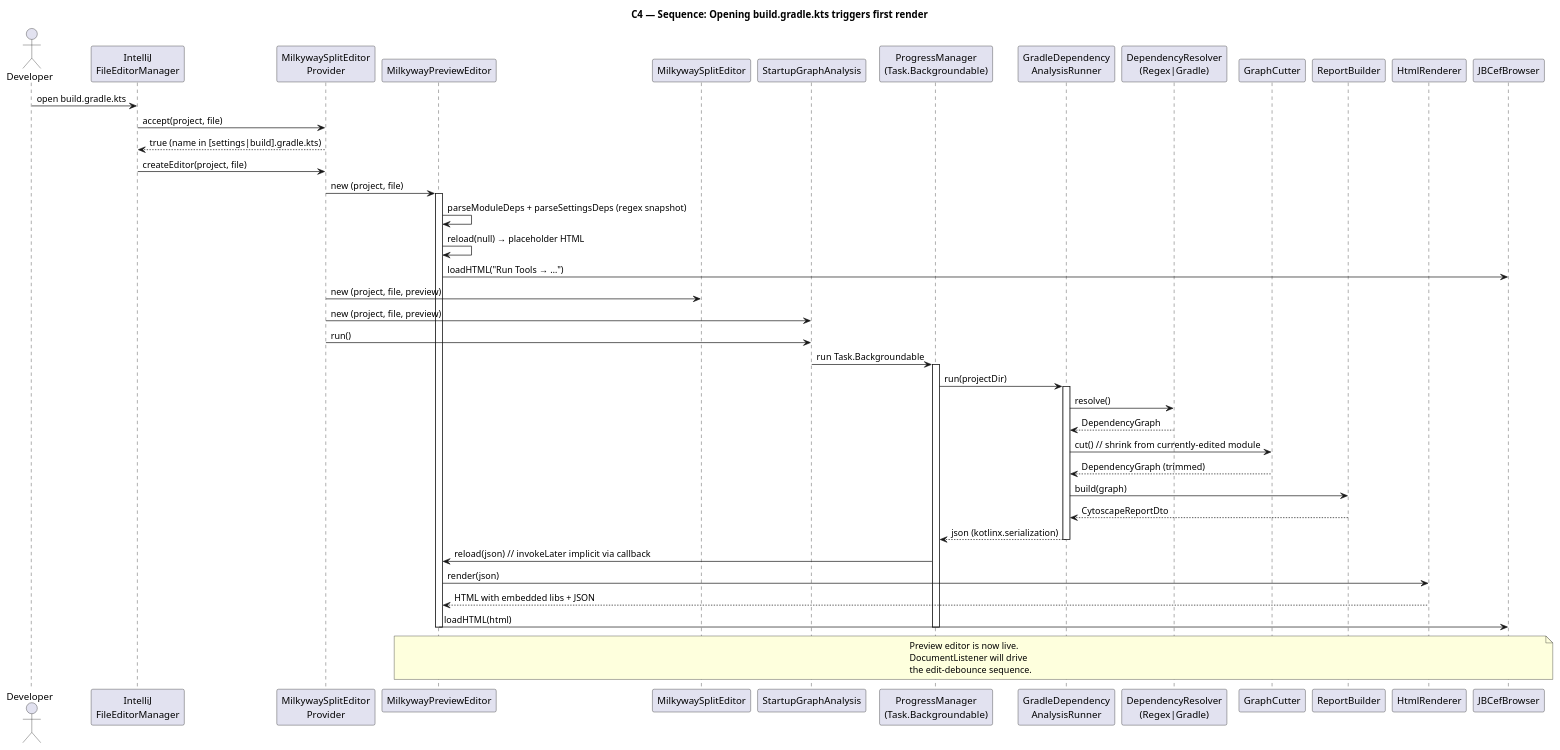
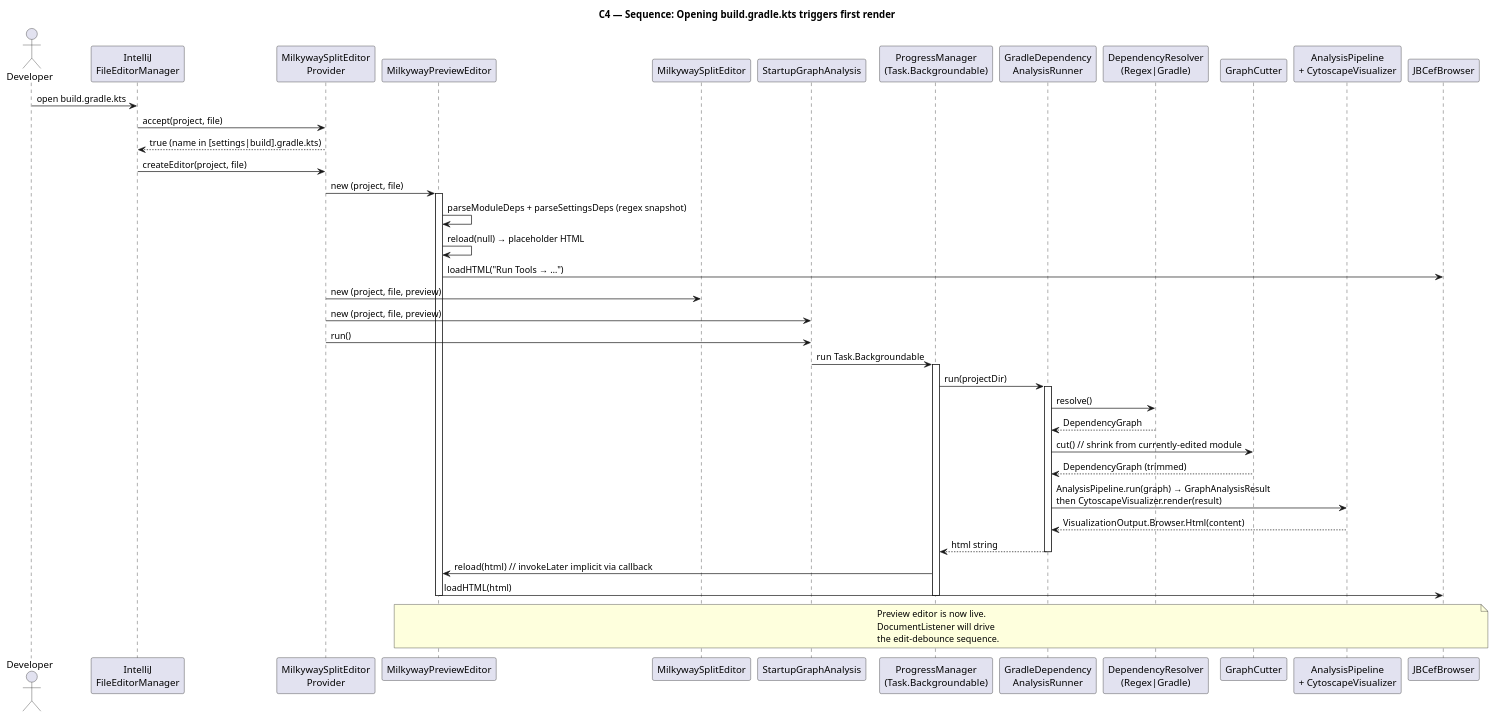
Before and after one commit to k-konovalov/milkyway-idea-plugin: the diagram in docs/architecture/c4-sequence-open-file.puml, drawn with PlantUML. The commit also changed 67 other files, not shown here.

```diff
--- a/docs/architecture/c4-sequence-open-file.puml
+++ b/docs/architecture/c4-sequence-open-file.puml
@@ -1,56 +1,53 @@
 @startuml c4-sequence-open-file
 title C4 — Sequence: Opening build.gradle.kts triggers first render
 
 actor Developer as dev
 participant "IntelliJ\nFileEditorManager" as ide
 participant "MilkywaySplitEditor\nProvider" as provider
 participant "MilkywayPreviewEditor" as preview
 participant "MilkywaySplitEditor" as split
 participant "StartupGraphAnalysis" as startup
 participant "ProgressManager\n(Task.Backgroundable)" as bg
 participant "GradleDependency\nAnalysisRunner" as runner
 participant "DependencyResolver\n(Regex|Gradle)" as resolver
 participant "GraphCutter" as cutter
-participant "ReportBuilder" as report
-participant "HtmlRenderer" as html
+participant "AnalysisPipeline\n+ CytoscapeVisualizer" as pipeline
 participant "JBCefBrowser" as browser
 
 dev -> ide : open build.gradle.kts
 ide -> provider : accept(project, file)
 provider --> ide : true (name in [settings|build].gradle.kts)
 ide -> provider : createEditor(project, file)
 provider -> preview : new (project, file)
 activate preview
 preview -> preview : parseModuleDeps + parseSettingsDeps (regex snapshot)
 preview -> preview : reload(null) → placeholder HTML
 preview -> browser : loadHTML("Run Tools → …")
 provider -> split : new (project, file, preview)
 provider -> startup : new (project, file, preview)
 provider -> startup : run()
 
 startup -> bg : run Task.Backgroundable
 activate bg
 bg -> runner : run(projectDir)
 activate runner
 runner -> resolver : resolve()
 resolver --> runner : DependencyGraph
 runner -> cutter : cut()  // shrink from currently-edited module
 cutter --> runner : DependencyGraph (trimmed)
-runner -> report : build(graph)
-report --> runner : CytoscapeReportDto
-runner --> bg : json (kotlinx.serialization)
+runner -> pipeline : AnalysisPipeline.run(graph) → GraphAnalysisResult\nthen CytoscapeVisualizer.render(result)
+pipeline --> runner : VisualizationOutput.Browser.Html(content)
+runner --> bg : html string
 deactivate runner
-bg -> preview : reload(json)  // invokeLater implicit via callback
-preview -> html : render(json)
-html --> preview : HTML with embedded libs + JSON
+bg -> preview : reload(html)  // invokeLater implicit via callback
 preview -> browser : loadHTML(html)
 deactivate bg
 
 note over preview,browser
   Preview editor is now live.
   DocumentListener will drive
   the edit-debounce sequence.
 end note
 deactivate preview
 
 @enduml
```
